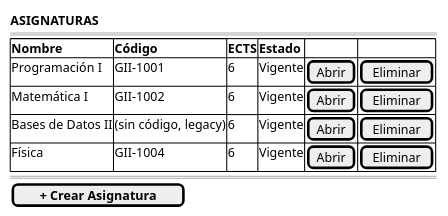
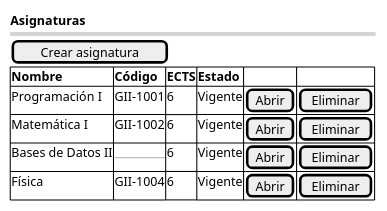
The diagram in RUP/01-requisitos/03-detalle-casos-uso/abrirAsignaturas/wireframes.puml (mmasias/pyCeldaPublico), drawn with PlantUML before and after one commit. The commit also changed 384 other files, not shown here.

```diff
--- a/RUP/01-requisitos/03-detalle-casos-uso/abrirAsignaturas/wireframes.puml
+++ b/RUP/01-requisitos/03-detalle-casos-uso/abrirAsignaturas/wireframes.puml
@@ -1,15 +1,14 @@
 @startsalt abrirAsignaturas-wireframe
 {
-    <b>ASIGNATURAS</b>
+    <b>Asignaturas</b>
     ====
+    [ Crear asignatura ]
     {#
         <b>Nombre | <b>Código | <b>ECTS | <b>Estado | . | .
         Programación I | GII-1001 | 6 | Vigente | [Abrir] | [Eliminar]
         Matemática I | GII-1002 | 6 | Vigente | [Abrir] | [Eliminar]
-        Bases de Datos II | (sin código, legacy) | 6 | Vigente | [Abrir] | [Eliminar]
+        Bases de Datos II | -- | 6 | Vigente | [Abrir] | [Eliminar]
         Física | GII-1004 | 6 | Vigente | [Abrir] | [Eliminar]
     }
-    ====
-    [ <b>+ Crear Asignatura</b> ]
 }
 @endsalt
```
